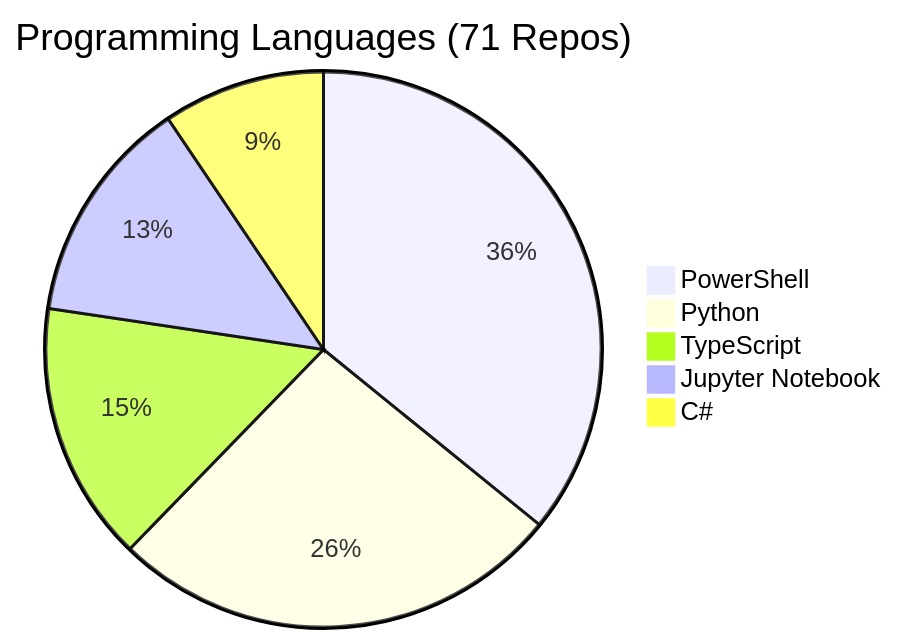
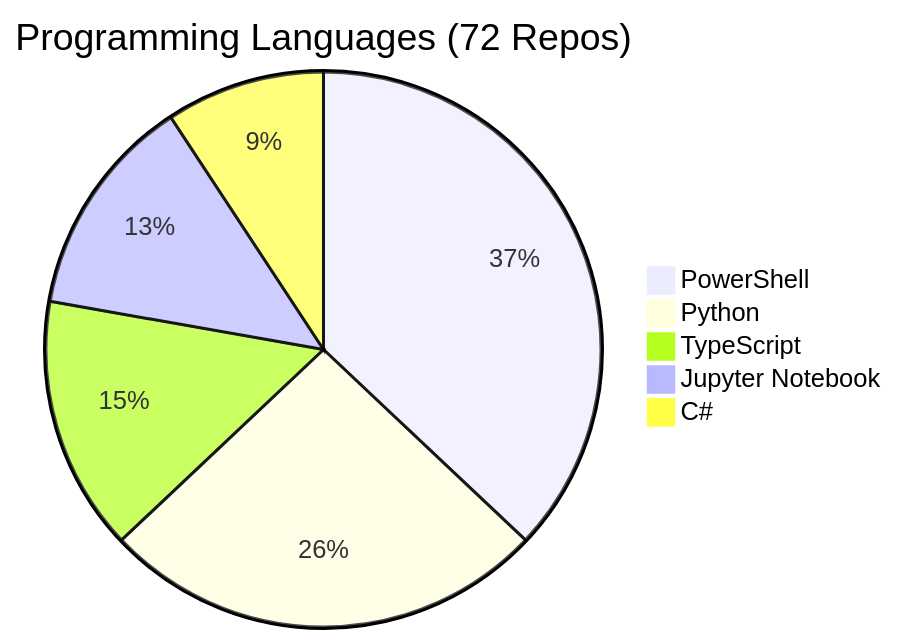
Before and after one commit to fabioc-aloha/fabioc-aloha: the diagram in REPOS.md, drawn with Mermaid. The commit also changed other lines of this file and 1 other file, not shown here.

````diff
--- a/REPOS.md
+++ b/REPOS.md
@@ -114,8 +115,8 @@
 ```mermaid
-pie title Programming Languages (71 Repos)
-    "PowerShell" : 19
+pie title Programming Languages (72 Repos)
+    "PowerShell" : 20
     "Python" : 14
     "TypeScript" : 8
     "Jupyter Notebook" : 7
     "C#" : 5
 ```
````
